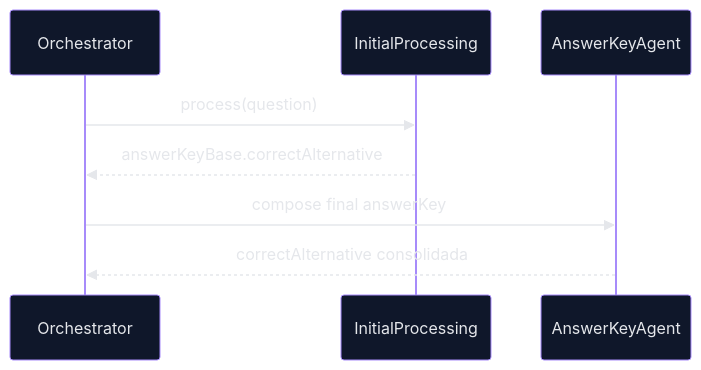
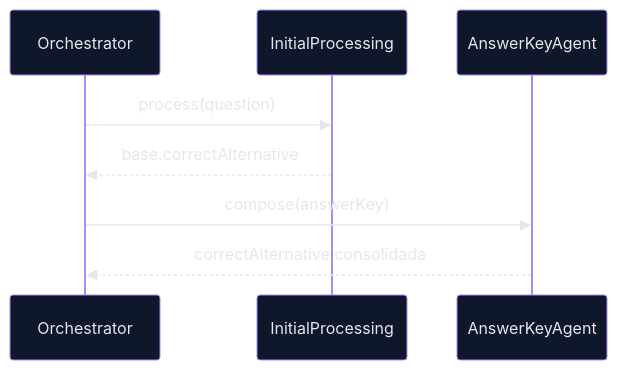
Before and after one commit to matheusdiamantino-betalent/questions-ai: the second of 2 diagrams in PR 77 — Fase 2: Consolidação Funcional da Alternativa Correta.md, drawn with Mermaid. The commit also changed other lines of this file, not shown here.

````diff
--- a/PR 77 — Fase 2: Consolidação Funcional da Alternativa Correta.md
+++ b/PR 77 — Fase 2: Consolidação Funcional da Alternativa Correta.md
@@ -61,12 +63,12 @@
 ```mermaid
 %%{init: {'theme':'base','themeVariables':{'primaryColor':'#0f172a','primaryTextColor':'#e5e7eb','primaryBorderColor':'#a78bfa','lineColor':'#64748b','secondaryColor':'#111827','tertiaryColor':'#1e293b','background':'#020617'}}}%%
 sequenceDiagram
     participant O as Orchestrator
     participant I as InitialProcessing
     participant A as AnswerKeyAgent
 
     O->>I: process(question)
-    I-->>O: answerKeyBase.correctAlternative
-    O->>A: compose final answerKey
+    I-->>O: base.correctAlternative
+    O->>A: compose(answerKey)
     A-->>O: correctAlternative consolidada
 ```
````
